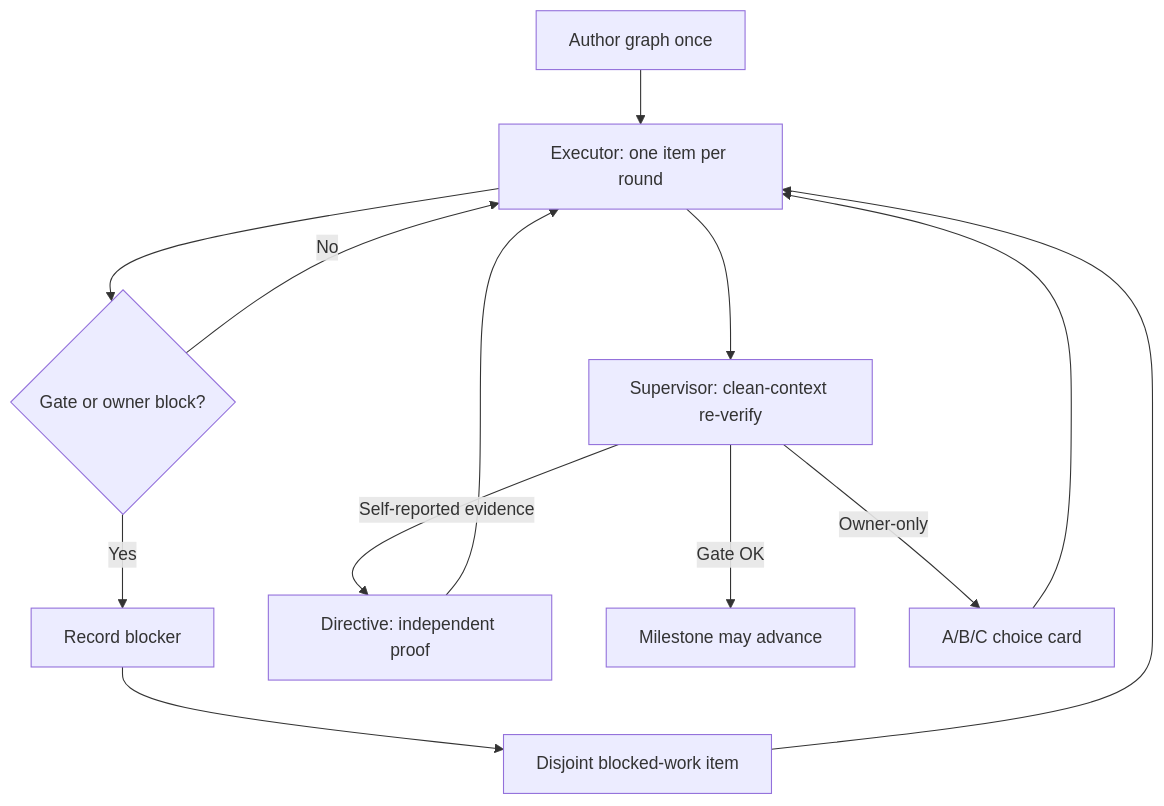
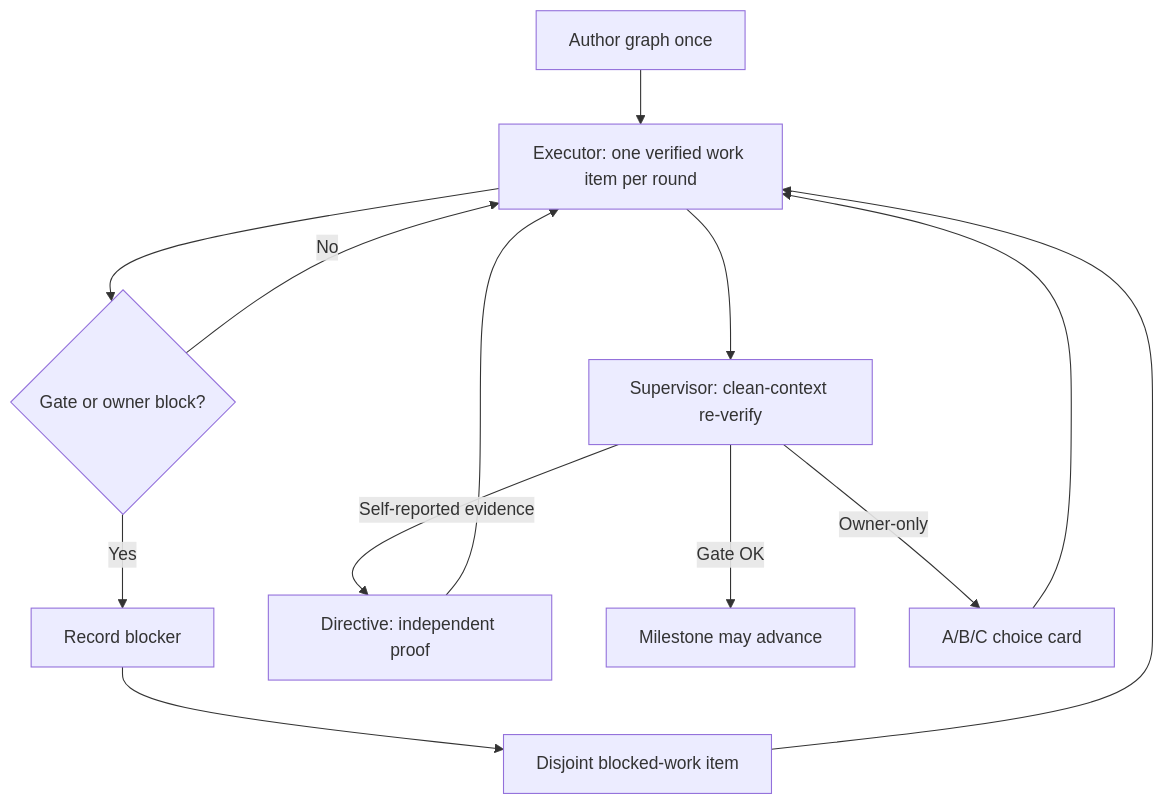
One commit to levi-qiao/longgraph-skill changed the diagram in skills/loop-graph/examples/redacted-multiday-control-plane/README.md. Above: the diagram before and after it, drawn with Mermaid. The commit also changed other lines of this file and 34 other files, not shown here.

Commit message:
feat(loop-graph): split focused long-horizon presets

````diff
--- a/skills/loop-graph/examples/redacted-multiday-control-plane/README.md
+++ b/skills/loop-graph/examples/redacted-multiday-control-plane/README.md
@@ -90,15 +90,15 @@
 ```mermaid
 flowchart TD
-  A[Author graph once] --> B[Executor: one item per round]
+  A[Author graph once] --> B[Executor: one verified work item per round]
   B --> C{Gate or owner block?}
   C -->|No| B
   C -->|Yes| D[Record blocker]
   D --> E[Disjoint blocked-work item]
   E --> B
   B --> F[Supervisor: clean-context re-verify]
   F -->|Self-reported evidence| G[Directive: independent proof]
   G --> B
   F -->|Gate OK| H[Milestone may advance]
   F -->|Owner-only| I[A/B/C choice card]
   I --> B
 ```
````
